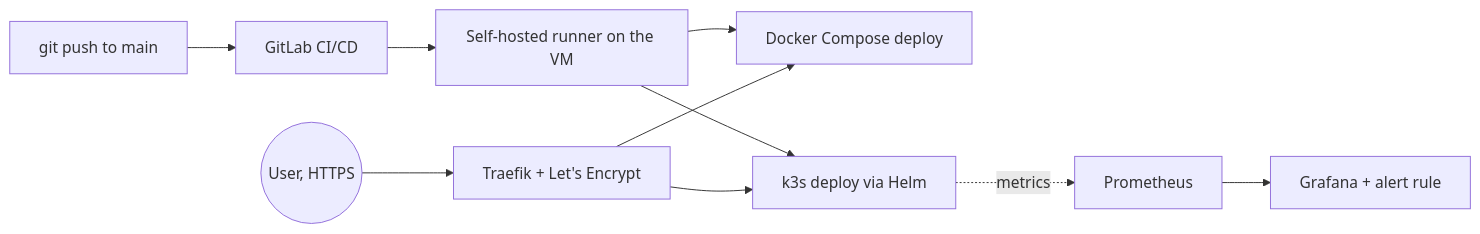
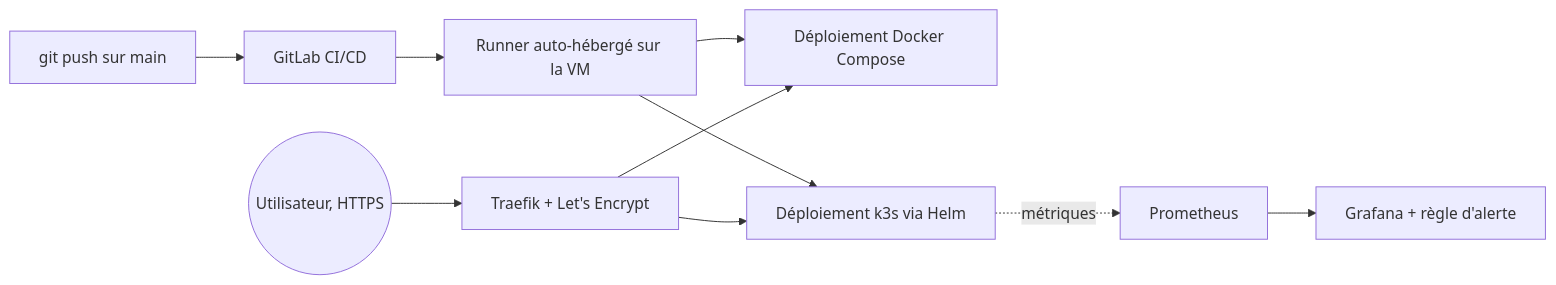
One commit to hussainshaqsi/django-cicd-pipeline changed the diagram in README.md. Above: the diagram before and after it, drawn with Mermaid. The commit also changed other lines of this file, not shown here.

Commit message:
Traduction de la documentation en français

````diff
--- a/README.md
+++ b/README.md
@@ -7,12 +7,12 @@
 ```mermaid
 flowchart LR
-    dev[git push to main] --> gl[GitLab CI/CD]
-    gl --> runner[Self-hosted runner on the VM]
-    runner --> dc[Docker Compose deploy]
-    runner --> k3s[k3s deploy via Helm]
-    user((User, HTTPS)) --> traefik[Traefik + Let's Encrypt]
+    dev[git push sur main] --> gl[GitLab CI/CD]
+    gl --> runner[Runner auto-hébergé sur la VM]
+    runner --> dc[Déploiement Docker Compose]
+    runner --> k3s[Déploiement k3s via Helm]
+    user((Utilisateur, HTTPS)) --> traefik[Traefik + Let's Encrypt]
     traefik --> dc
     traefik --> k3s
-    prom[Prometheus] --> graf[Grafana + alert rule]
-    k3s -. metrics .-> prom
+    prom[Prometheus] --> graf[Grafana + règle d'alerte]
+    k3s -. métriques .-> prom
 ```
````
